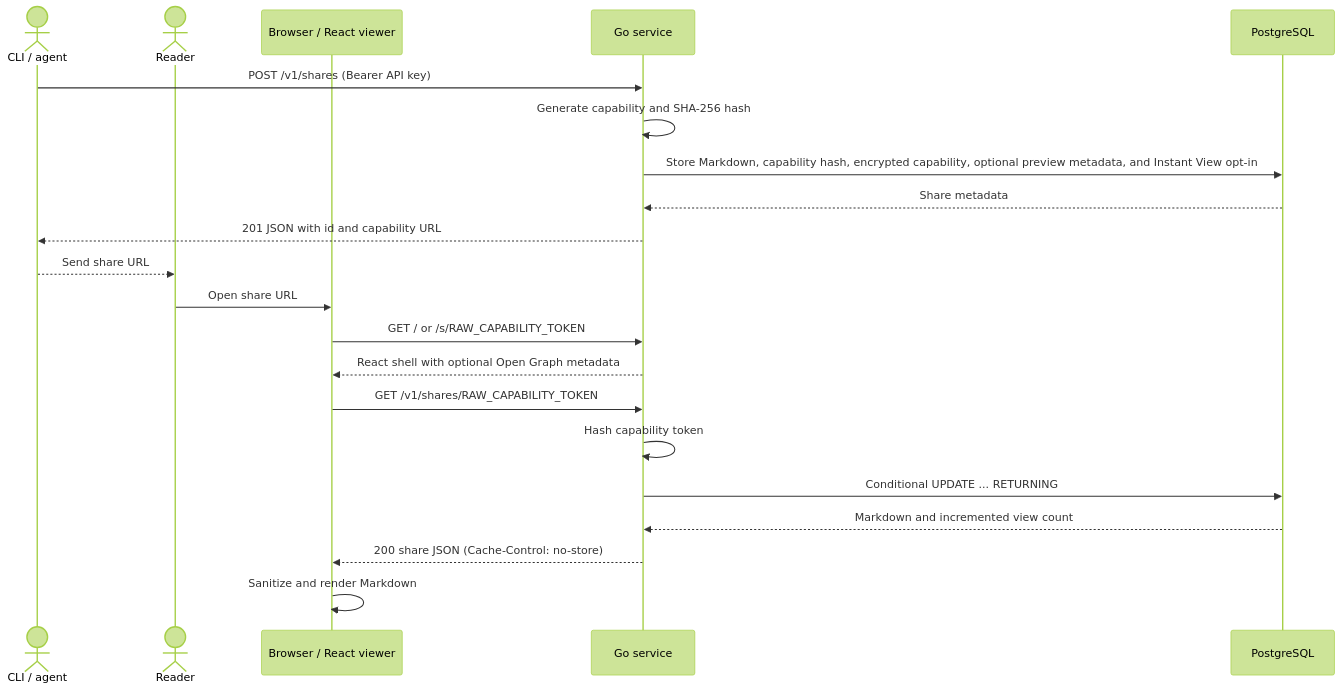
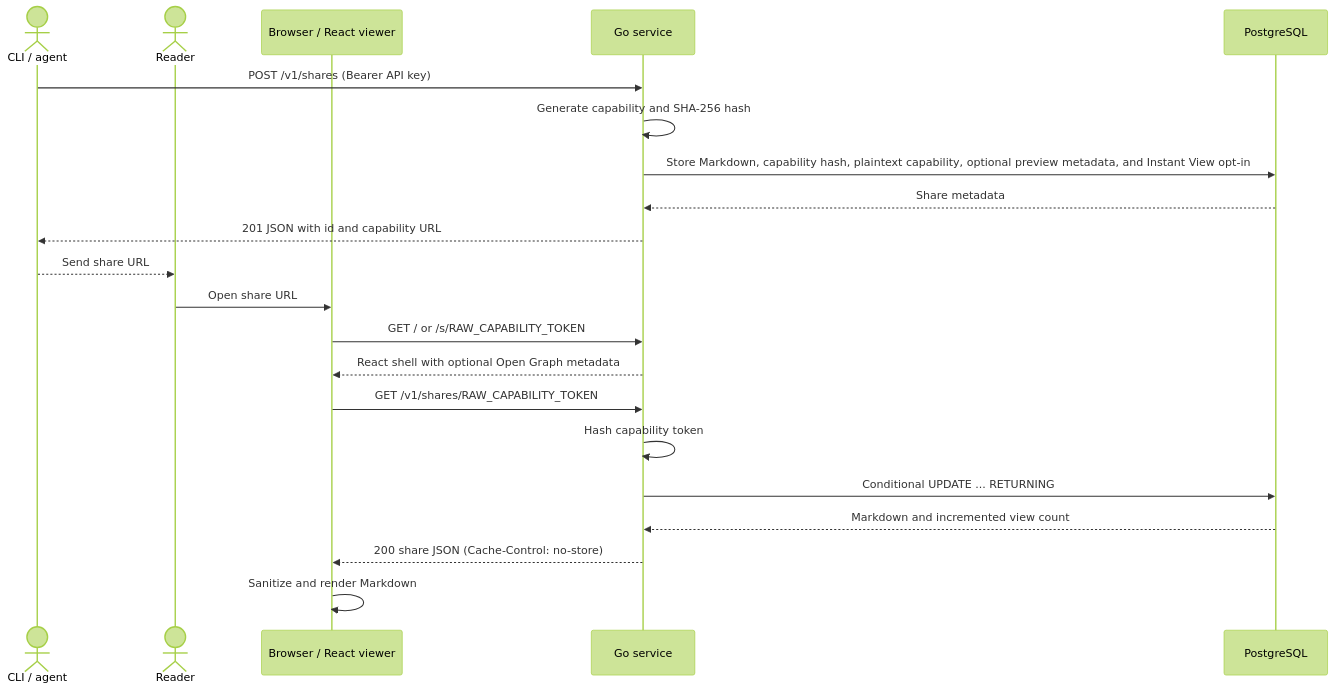
The second of 2 diagrams in docs/design.md (narumiruna/morsel), drawn with Mermaid (forest theme) before and after one commit. The commit also changed other lines of this file and 36 other files, not shown here.

````diff
--- a/docs/design.md
+++ b/docs/design.md
@@ -17,24 +17,24 @@
 ```mermaid
 sequenceDiagram
     actor Creator as CLI / agent
     actor Reader
     participant Viewer as Browser / React viewer
     participant Morsel as Go service
     participant DB as PostgreSQL
 
     Creator->>Morsel: POST /v1/shares (Bearer API key)
     Morsel->>Morsel: Generate capability and SHA-256 hash
-    Morsel->>DB: Store Markdown, capability hash, encrypted capability, optional preview metadata, and Instant View opt-in
+    Morsel->>DB: Store Markdown, capability hash, plaintext capability, optional preview metadata, and Instant View opt-in
     DB-->>Morsel: Share metadata
     Morsel-->>Creator: 201 JSON with id and capability URL
     Creator-->>Reader: Send share URL
     Reader->>Viewer: Open share URL
     Viewer->>Morsel: GET / or /s/RAW_CAPABILITY_TOKEN
     Morsel-->>Viewer: React shell with optional Open Graph metadata
     Viewer->>Morsel: GET /v1/shares/RAW_CAPABILITY_TOKEN
     Morsel->>Morsel: Hash capability token
     Morsel->>DB: Conditional UPDATE ... RETURNING
     DB-->>Morsel: Markdown and incremented view count
     Morsel-->>Viewer: 200 share JSON (Cache-Control: no-store)
     Viewer->>Viewer: Sanitize and render Markdown
 ```
````
